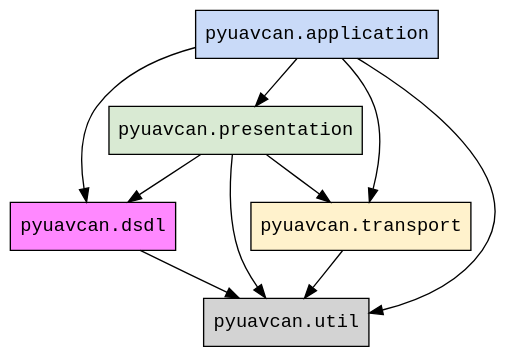
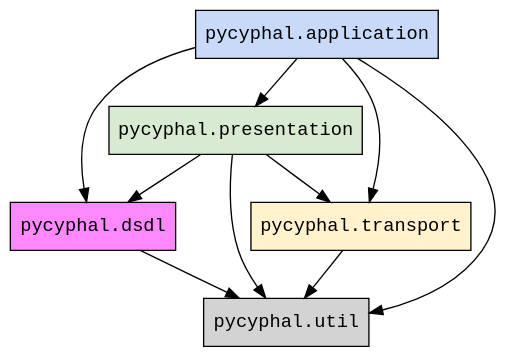
One commit to OpenCyphal/pycyphal changed the diagram in docs/pages/architecture.rst. Above: the diagram before and after it, drawn with Graphviz. The commit also changed other lines of this file and 360 other files, not shown here.

```diff
--- a/docs/pages/architecture.rst
+++ b/docs/pages/architecture.rst
@@ -52,18 +52,18 @@
 .. graphviz::
     :caption: Submodule interdependency
 
     digraph submodule_interdependency {
         graph   [bgcolor=transparent];
         node    [shape=box, style=filled, fontname="monospace"];
 
-        dsdl            [fillcolor="#FF88FF", label="pyuavcan.dsdl"];
-        transport       [fillcolor="#FFF2CC", label="pyuavcan.transport"];
-        presentation    [fillcolor="#D9EAD3", label="pyuavcan.presentation"];
-        application     [fillcolor="#C9DAF8", label="pyuavcan.application"];
-        util            [fillcolor="#D3D3D3", label="pyuavcan.util"];
+        dsdl            [fillcolor="#FF88FF", label="pycyphal.dsdl"];
+        transport       [fillcolor="#FFF2CC", label="pycyphal.transport"];
+        presentation    [fillcolor="#D9EAD3", label="pycyphal.presentation"];
+        application     [fillcolor="#C9DAF8", label="pycyphal.application"];
+        util            [fillcolor="#D3D3D3", label="pycyphal.util"];
 
         dsdl            -> util;
         transport       -> util;
         presentation    -> {dsdl transport util};
         application     -> {dsdl transport presentation util};
     }
```
